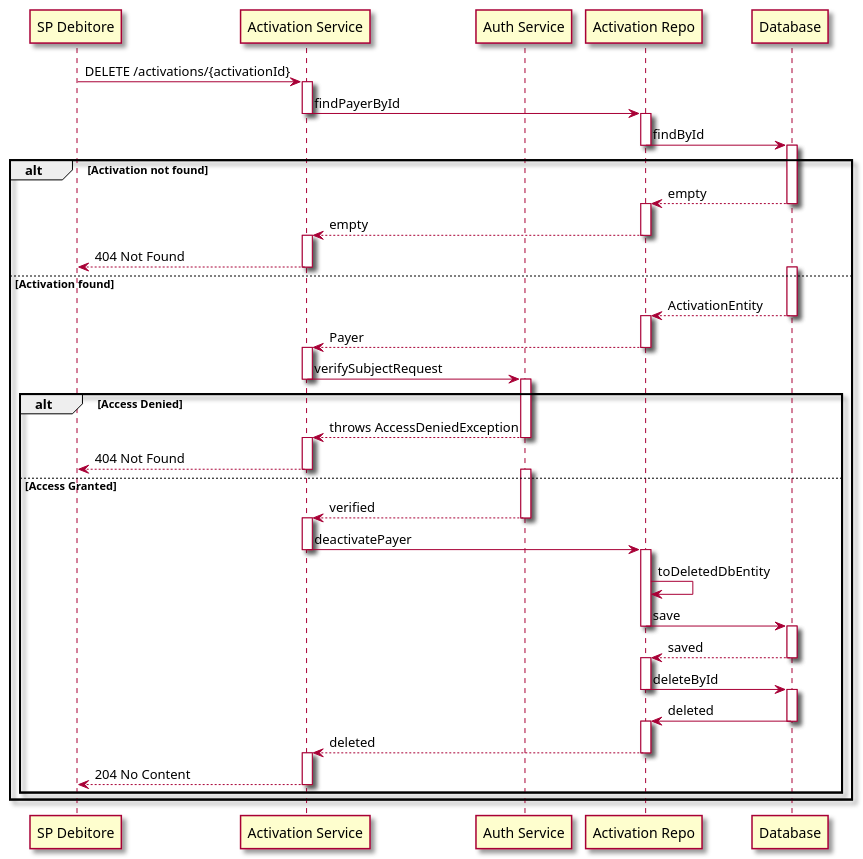
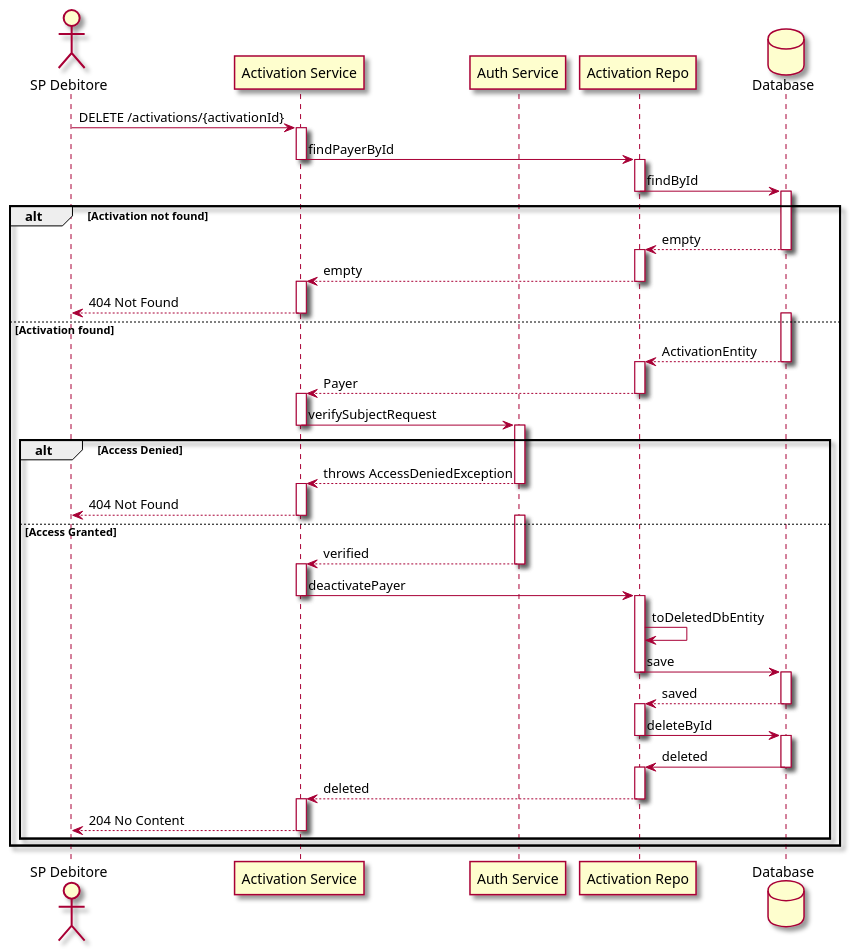
The diagram in diagrams/deactivation.puml (pagopa/rtp-docs), drawn with PlantUML before and after one commit.

Commit message:
fix: [SRTP-508] use actor and database labels in deactivation Plant UML

```diff
--- a/diagrams/deactivation.puml
+++ b/diagrams/deactivation.puml
@@ -1,91 +1,91 @@
 @startuml
 
 skin rose
-participant "SP Debitore" as SPD
+actor "SP Debitore" as SPD
 participant "Activation Service" as AS
 participant "Auth Service" as AUTH
 participant "Activation Repo" as AR
-participant "Database" as DB
+database "Database" as DB
 
 SPD -> AS: DELETE /activations/{activationId}
 activate AS
 
 AS -> AR: findPayerById
 deactivate AS
 activate AR
 
 AR -> DB: findById
 deactivate AR
 activate DB
 
 alt Activation not found
     DB --> AR: empty
     deactivate DB
     activate AR
 
     AR --> AS: empty
     deactivate AR
     activate AS
 
     AS --> SPD: 404 Not Found
     deactivate AS
 
 else Activation found
     activate DB
     DB --> AR: ActivationEntity
     deactivate DB
     activate AR
 
     AR --> AS: Payer
     deactivate AR
     activate AS
 
     AS -> AUTH: verifySubjectRequest
     deactivate AS
     activate AUTH
 
     alt Access Denied
         AUTH --> AS: throws AccessDeniedException
         deactivate AUTH
         activate AS
 
         AS --> SPD: 404 Not Found
         deactivate AS
 
     else Access Granted
     activate AUTH
         AUTH --> AS: verified
         deactivate AUTH
         activate AS
 
         AS -> AR: deactivatePayer
         deactivate AS
         activate AR
 
         AR -> AR: toDeletedDbEntity
         AR -> DB: save
         deactivate AR
         activate DB
 
         DB --> AR: saved
         deactivate DB
         activate AR
 
         AR -> DB: deleteById
         deactivate AR
         activate DB
 
         DB -> AR: deleted
         deactivate DB
         activate AR
 
         AR --> AS: deleted
         deactivate AR
         activate AS
 
         AS --> SPD: 204 No Content
         deactivate AS
     end
 end
 
 @enduml
```
